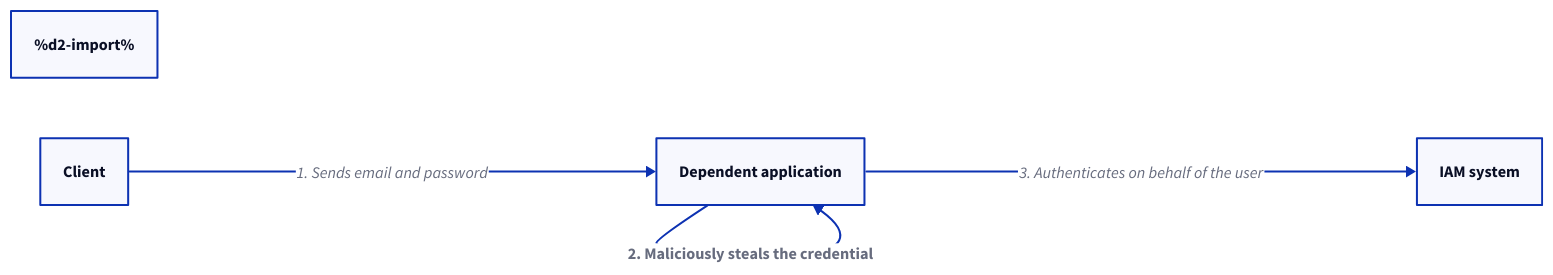
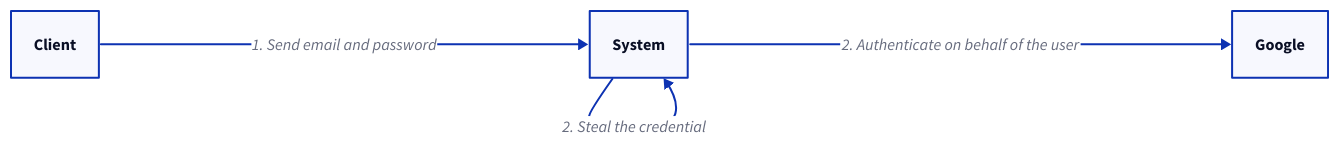
One commit to link1905/system-design-101 changed diagram 13 of 23 in content/docs/system-administration/system-protection/iam.md. Above: the diagram before and after it, drawn with D2. The commit also changed other lines of this file and 4 other files, not shown here.

````diff
--- a/content/docs/system-administration/system-protection/iam.md
+++ b/content/docs/system-administration/system-protection/iam.md
@@ -544,18 +557,17 @@
 ```d2
-%d2-import%
 direction: right
-s: Dependent application {
+s: System {
     class: server
 }
-i: IAM system {
-    class: iam
+i: Google {
+    class: google
 }
 c: Client {
     class: client
 }
-c -> s: "1. Sends email and password"
-s -> s: "2. Maliciously steals the credential" {
-    style.bold: true
+c -> s: "1. Send email and password"
+s -> s: "2. Steal the credential" {
+  class: error-conn
 }
-s -> i: "3. Authenticates on behalf of the user"
+s -> i: "2. Authenticate on behalf of the user"
 ```
````
